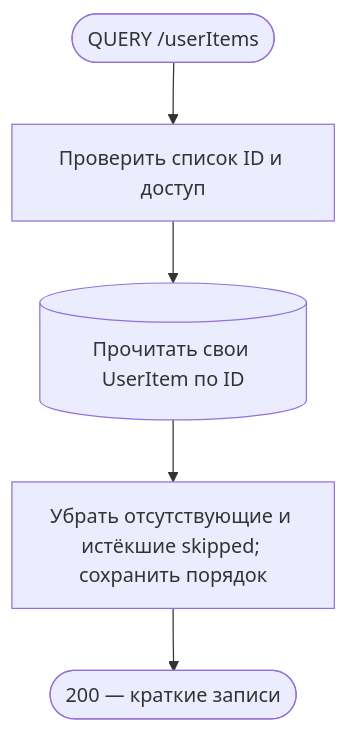
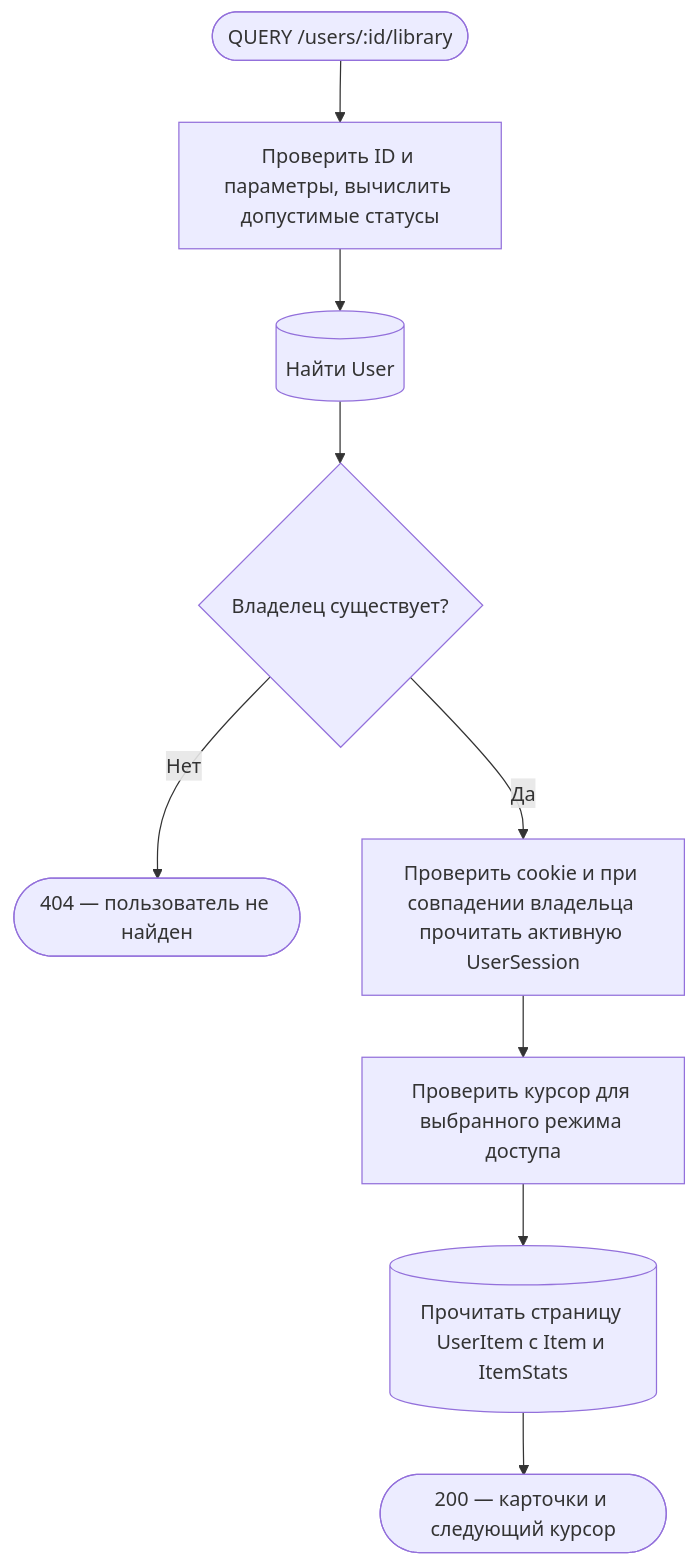
The first of 8 diagrams in apps/api/public/docs/api/requestFlows/userItems.md (AmyGrooove/f95-tinder), drawn with Mermaid before and after one commit. The commit also changed other lines of this file and 98 other files, not shown here.

````diff
--- a/apps/api/public/docs/api/requestFlows/userItems.md
+++ b/apps/api/public/docs/api/requestFlows/userItems.md
@@ -17,9 +17,13 @@
 ```mermaid
 flowchart TD
-    accTitle: Краткие записи личной библиотеки
-    accDescr: Проверить пользователя и список ID, прочитать только собственные неистёкшие записи и вернуть их в порядке запроса
-    A(["QUERY /userItems"]):::http --> B["Проверить список ID и доступ"]:::action
-    B --> C[("Прочитать свои UserItem по ID")]:::data
-    C --> D["Убрать отсутствующие и истёкшие skipped; сохранить порядок"]:::action
-    D --> E(["200 — краткие записи"]):::http
+    accTitle: Страница библиотеки пользователя
+    accDescr: Проверить владельца и режим доступа, прочитать подходящие карточки из MongoDB и вернуть страницу
+    A(["QUERY /users/:id/library"]):::http --> B["Проверить ID и параметры, вычислить допустимые статусы"]:::action
+    B --> C[("Найти User")]:::data
+    C --> D{"Владелец существует?"}:::action
+    D -->|Нет| E(["404 — пользователь не найден"]):::http
+    D -->|Да| F["Проверить cookie и при совпадении владельца прочитать активную UserSession"]:::action
+    F --> G["Проверить курсор для выбранного режима доступа"]:::action
+    G --> H[("Прочитать страницу UserItem с Item и ItemStats")]:::data
+    H --> I(["200 — карточки и следующий курсор"]):::http
 ```
````
